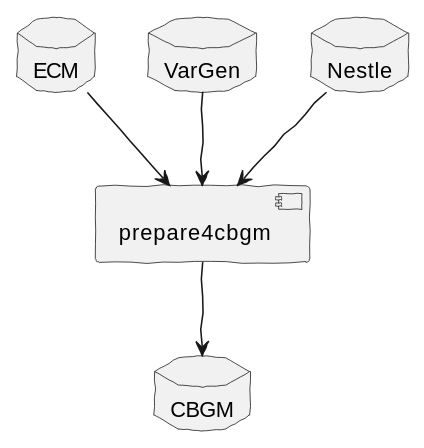
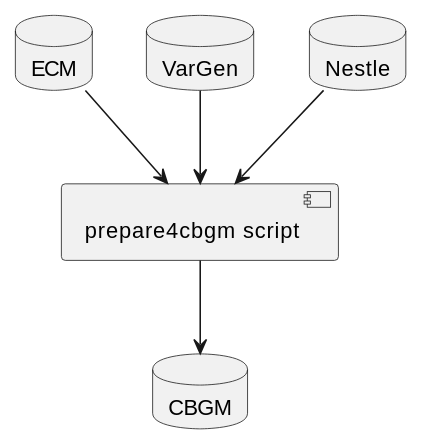
The first of 2 diagrams in doc_src/intro.rst (cceh/ntg), drawn with PlantUML before and after one commit. The commit also changed other lines of this file and 67 other files, not shown here.

```diff
--- a/doc_src/intro.rst
+++ b/doc_src/intro.rst
@@ -39,16 +39,14 @@
 .. uml::
    :align: center
    :caption: Database Preparation
 
-   skinparam handwritten true
-
    database "ECM"    as dbsrc1
    database "VarGen" as dbsrc2
    database "Nestle" as dbsrc3
-   component "prepare4cbgm" as p4c
+   component "prepare4cbgm script" as p4c
    database "CBGM"   as db
 
    dbsrc1 --> p4c
    dbsrc2 --> p4c
    dbsrc3 --> p4c
    p4c --> db
```
